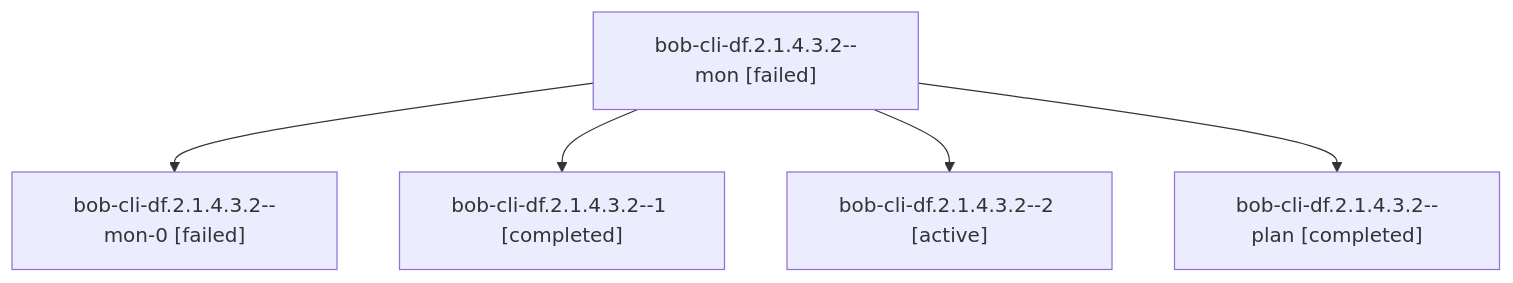
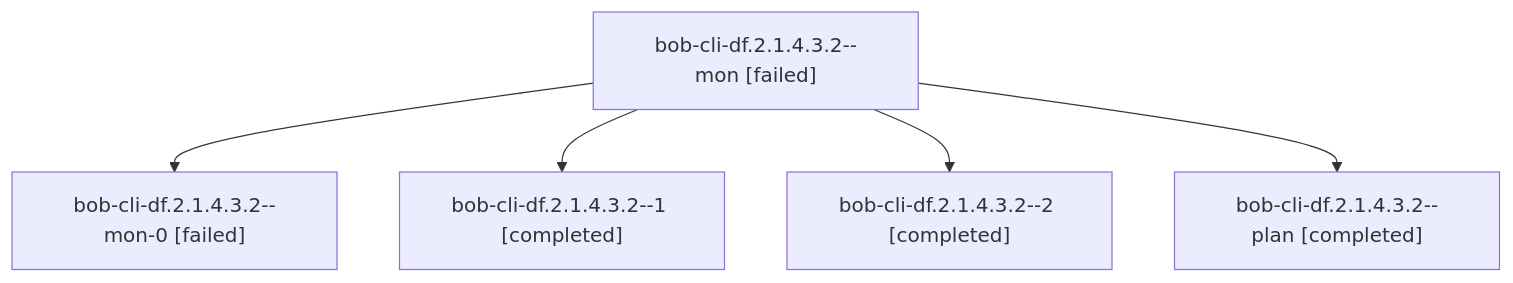
Before and after one commit to bobs-org/bob-cli--agents: the diagram in sessions/bbugyi200.athena.bob-cli-df.2.1.4.3.2.md, drawn with Mermaid. The commit also changed other lines of this file and 134 other files, not shown here.

````diff
--- a/sessions/bbugyi200.athena.bob-cli-df.2.1.4.3.2.md
+++ b/sessions/bbugyi200.athena.bob-cli-df.2.1.4.3.2.md
@@ -9,12 +9,12 @@
 ```mermaid
 flowchart TD
   n0["bob-cli-df.2.1.4.3.2--mon [failed]"]
   n1["bob-cli-df.2.1.4.3.2--mon-0 [failed]"]
   n0 --> n1
   n2["bob-cli-df.2.1.4.3.2--1 [completed]"]
   n0 --> n2
-  n3["bob-cli-df.2.1.4.3.2--2 [active]"]
+  n3["bob-cli-df.2.1.4.3.2--2 [completed]"]
   n0 --> n3
   n4["bob-cli-df.2.1.4.3.2--plan [completed]"]
   n0 --> n4
 ```
````
